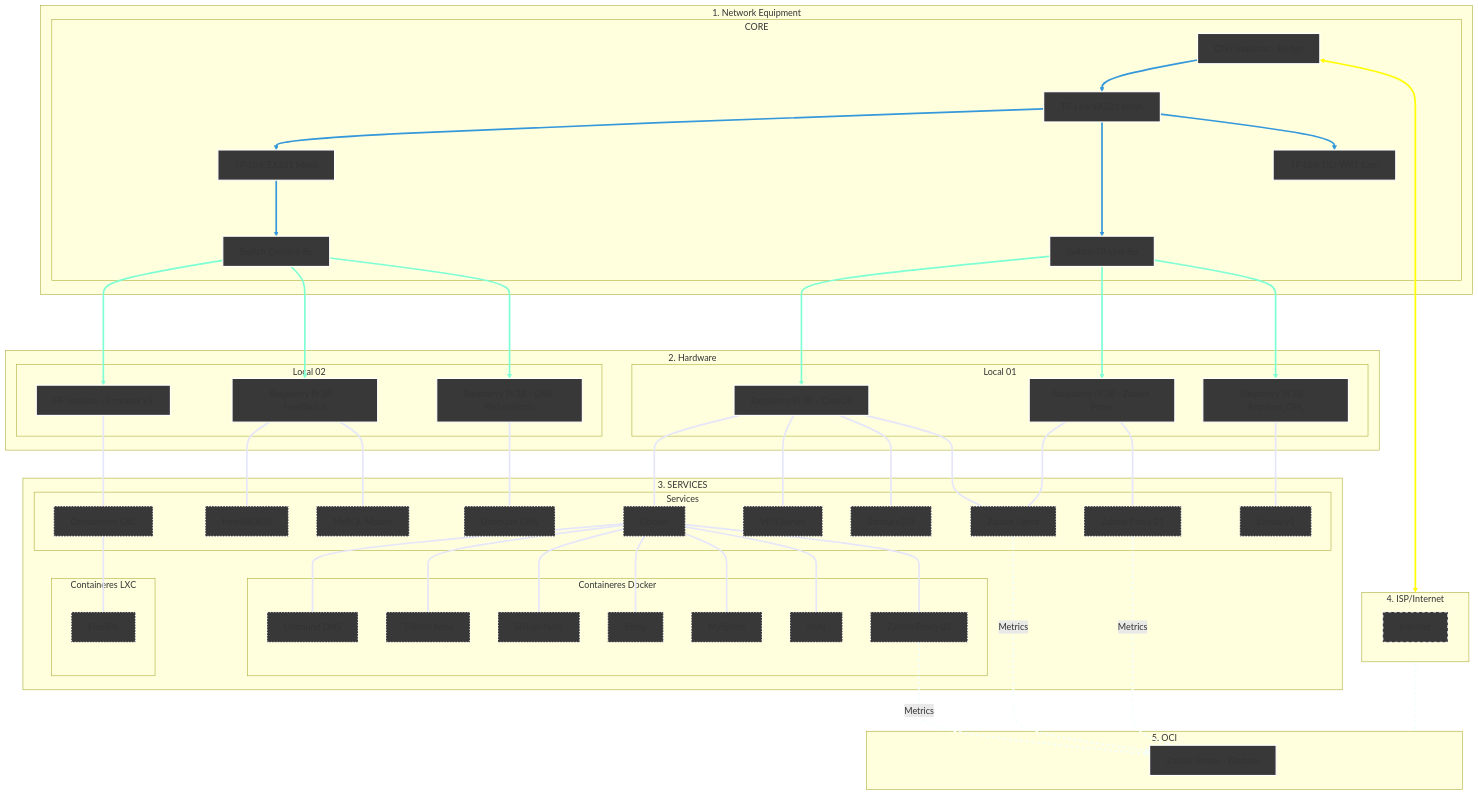
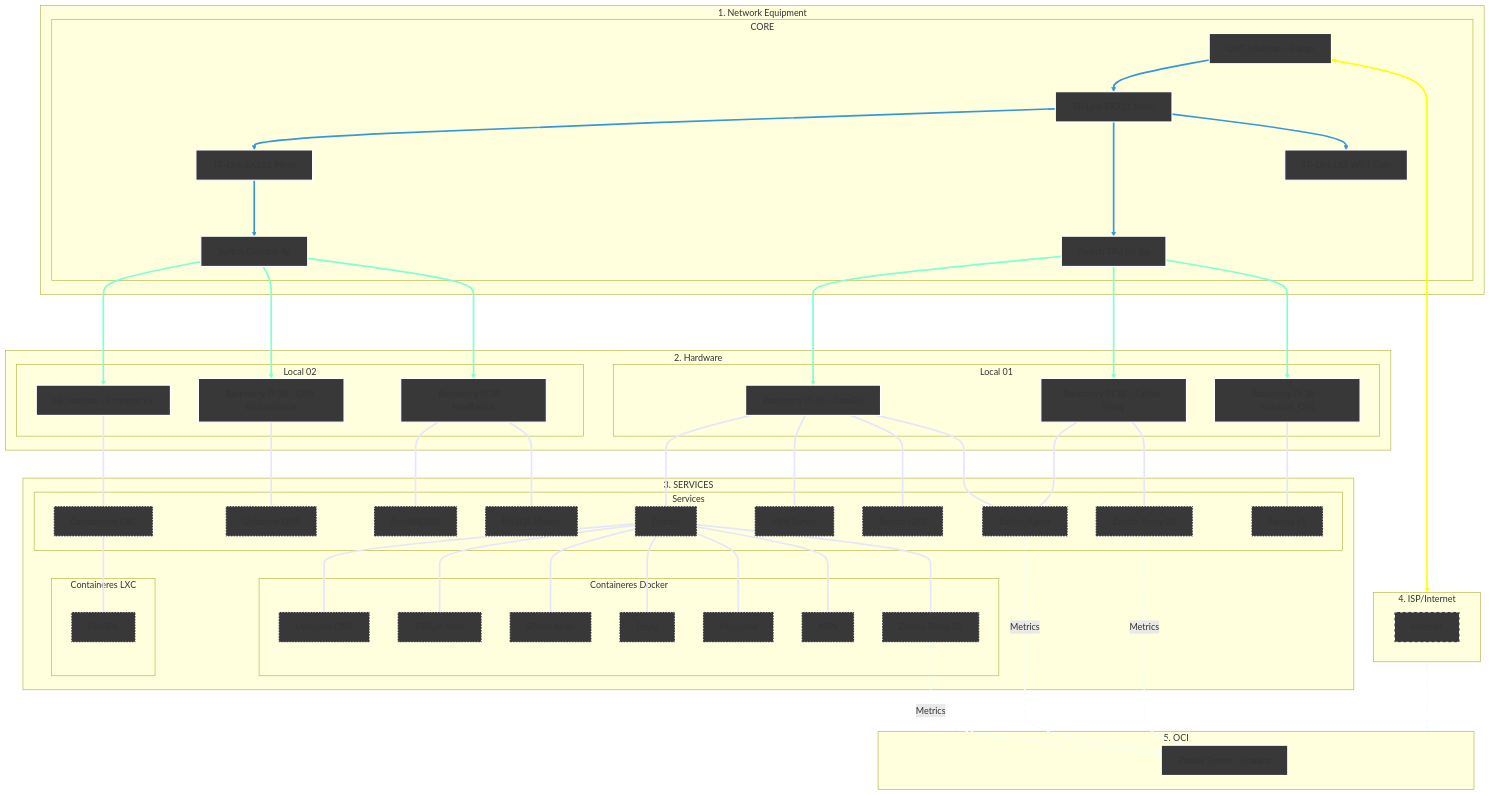
One commit to kevindexter22/Dr-Hardware-Autonet changed the diagram in Infrastructure/README.md. Above: the diagram before and after it, drawn with Mermaid. The commit also changed other lines of this file, not shown here.

```diff
--- a/Infrastructure/README.md
+++ b/Infrastructure/README.md
@@ -39,8 +39,8 @@
     end
     subgraph S3 [Local 02]
         SW2 ---> HP[HP Pavilion - Proxmox VE]:::hardware
+        SW2 ---> RPi3B_4[Raspberry Pi 3B - DNS Redundância]:::hardware
         SW2 ---> RPi3B_3[Raspberry Pi 3B - FreeRadius]:::hardware
-        SW2 ---> RPi3B_4[Raspberry Pi 3B - DNS Redundância]:::hardware
     end
     end
 
@@ -48,9 +48,9 @@
     subgraph Principal03["3. SERVICES"]
     subgraph S4 [Services];
         HP --- PVE[Containeres LXC]:::services
+        RPi3B_4 --- UNB2[Unbound DNS]:::services
         RPi3B_3 --- FreeRAD[FreeRADIUS]:::services
         RPi3B_3 --- BDMSQL[MySQL Master]:::services
-        RPi3B_4 --- UNB2[Unbound DNS]:::services
         RPi4B --- Docker[Docker]:::services     
         RPi4B --- VPN[VPN Server]:::services
         RPi4B --- SMB2[Samba v2/3]:::services
```
